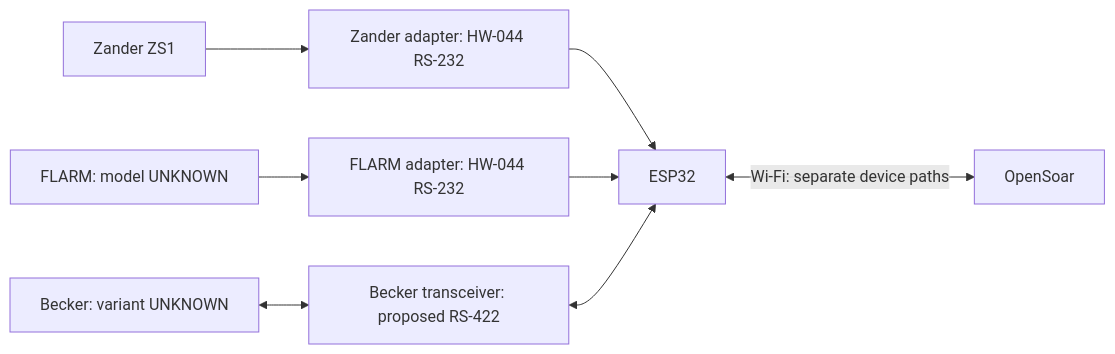
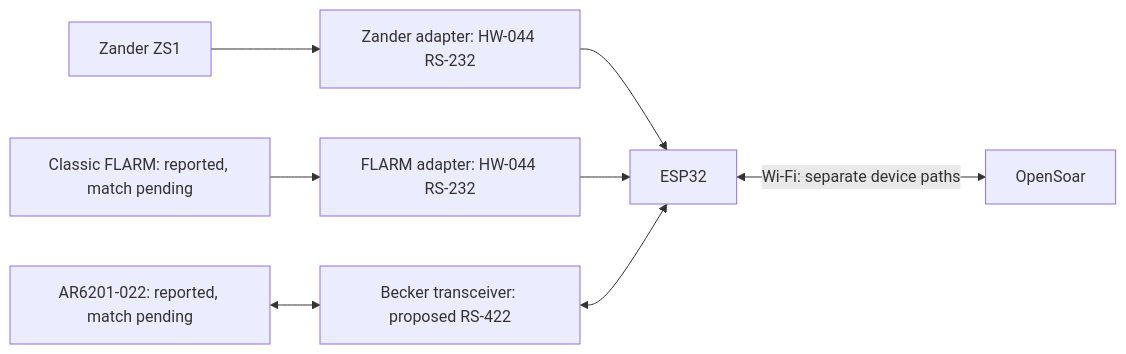
Before and after one commit to MomoRC-tech/Becker-AR6201-to-OpenSoar: the first of 2 diagrams in docs/connections.md, drawn with Mermaid. The commit also changed other lines of this file and 9 other files, not shown here.

````diff
--- a/docs/connections.md
+++ b/docs/connections.md
@@ -9,10 +9,10 @@
 ```mermaid
 flowchart LR
     Z[Zander ZS1] --> NZ["Zander adapter: HW-044 RS-232"]
-    F["FLARM: model UNKNOWN"] --> NF["FLARM adapter: HW-044 RS-232"]
+    F["Classic FLARM: reported, match pending"] --> NF["FLARM adapter: HW-044 RS-232"]
     NZ --> E[ESP32]
     NF --> E
-    B["Becker: variant UNKNOWN"] <--> R["Becker transceiver: proposed RS-422"]
+    B["AR6201-022: reported, match pending"] <--> R["Becker transceiver: proposed RS-422"]
     R <--> E
     E <-->|Wi-Fi: separate device paths| O[OpenSoar]
 ```
````
